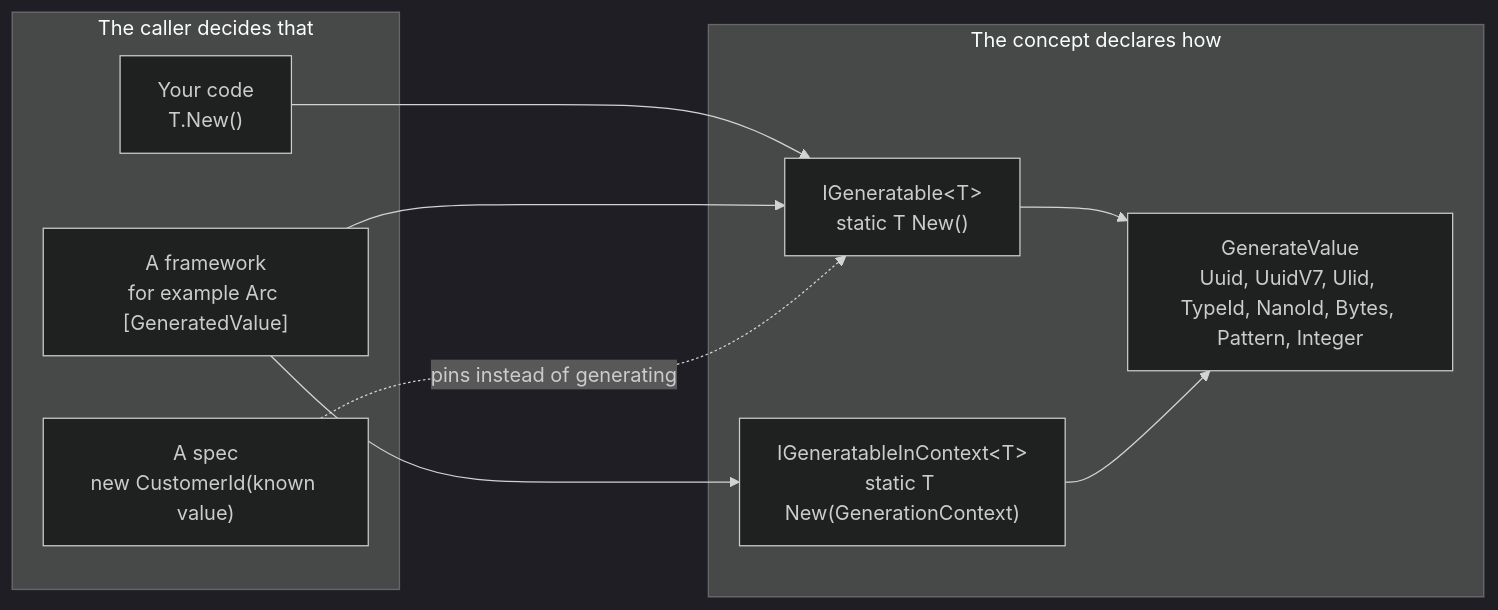
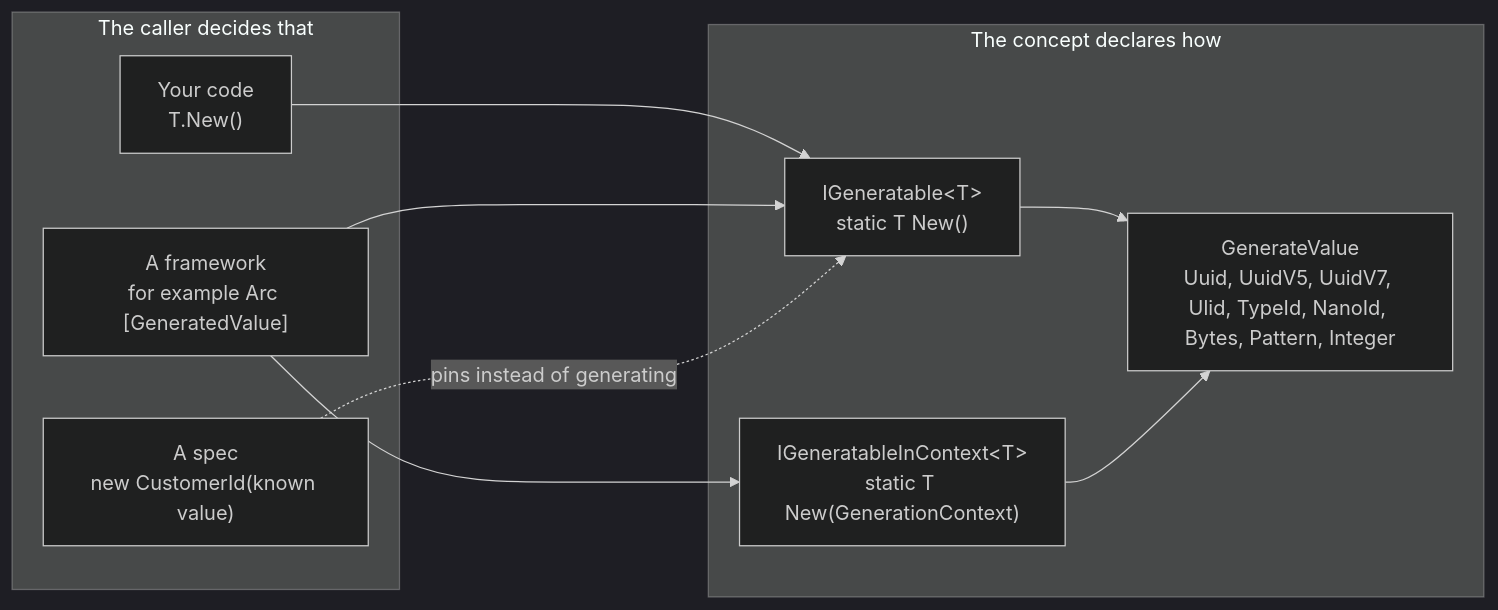
One commit to Cratis/Fundamentals changed the diagram in Documentation/csharp/generating-values/index.md. Above: the diagram before and after it, drawn with Mermaid (dark theme). The commit also changed other lines of this file and 13 other files, not shown here.

````diff
--- a/Documentation/csharp/generating-values/index.md
+++ b/Documentation/csharp/generating-values/index.md
@@ -16,19 +16,19 @@
 ```mermaid
 flowchart LR
     subgraph Concept["The concept declares how"]
         A["IGeneratable&lt;T&gt;<br/>static T New()"]
         B["IGeneratableInContext&lt;T&gt;<br/>static T New(GenerationContext)"]
-        C["GenerateValue<br/>Uuid, UuidV7, Ulid, TypeId, NanoId, Bytes, Pattern, Integer"]
+        C["GenerateValue<br/>Uuid, UuidV5, UuidV7, Ulid, TypeId, NanoId, Bytes, Pattern, Integer"]
         A --> C
         B --> C
     end
     subgraph Caller["The caller decides that"]
         D["Your code<br/>T.New()"]
         E["A framework<br/>for example Arc [GeneratedValue]"]
         F["A spec<br/>new CustomerId(known value)"]
     end
     D --> A
     E --> A
     E --> B
     F -. "pins instead of generating" .-> A
 ```
````
